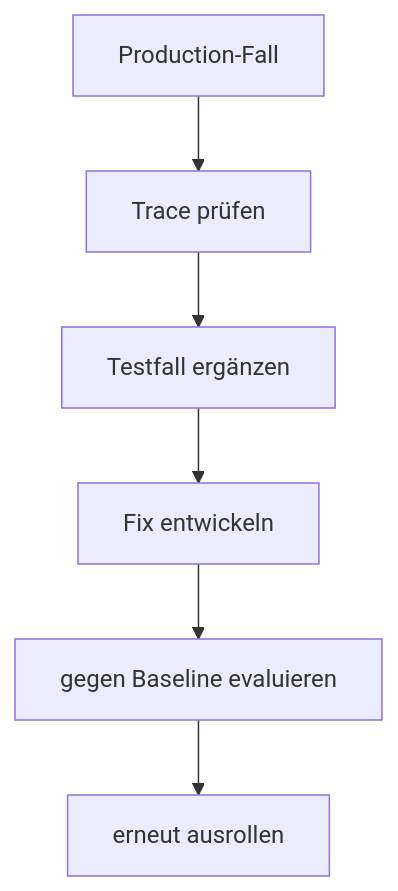
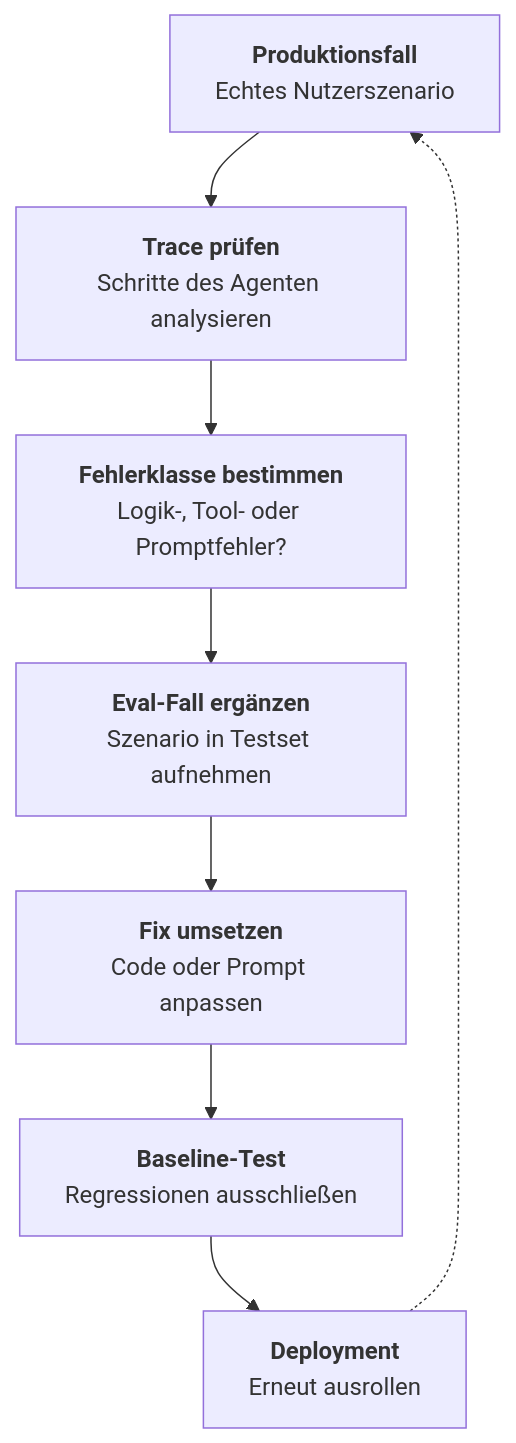
Before and after one commit to ralf-42/Agenten: the third of 3 diagrams in docs/concepts/Evaluation_Observability.md, drawn with Mermaid. The commit also changed other lines of this file and 1 other file, not shown here.

````diff
--- a/docs/concepts/Evaluation_Observability.md
+++ b/docs/concepts/Evaluation_Observability.md
@@ -211,8 +226,12 @@
 ```mermaid
 flowchart TD
-    A["Production-Fall"] --> B["Trace prüfen"]
-    B --> C["Testfall ergänzen"]
-    C --> D["Fix entwickeln"]
-    D --> E["gegen Baseline evaluieren"]
-    E --> F["erneut ausrollen"]
+    A["<b>Produktionsfall</b><br>Echtes Nutzerszenario"] --> B["<b>Trace prüfen</b><br>Schritte des Agenten analysieren"]
+    B --> C["<b>Fehlerklasse bestimmen</b><br>Logik-, Tool- oder Promptfehler?"]
+    C --> D["<b>Eval-Fall ergänzen</b><br>Szenario in Testset aufnehmen"]
+    D --> E["<b>Fix umsetzen</b><br>Code oder Prompt anpassen"]
+    E --> F["<b>Baseline-Test</b><br>Regressionen ausschließen"]
+    F --> G["<b>Deployment</b><br>Erneut ausrollen"]
+    
+    %% Der Kreislauf zum nächsten Produktionsfall
+    G -.-> A
 ```
````
